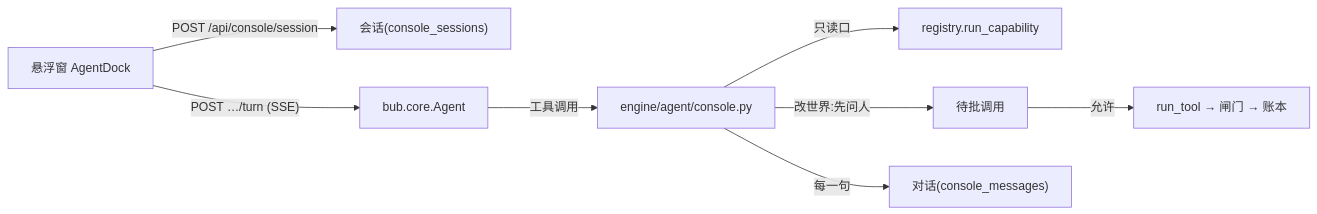
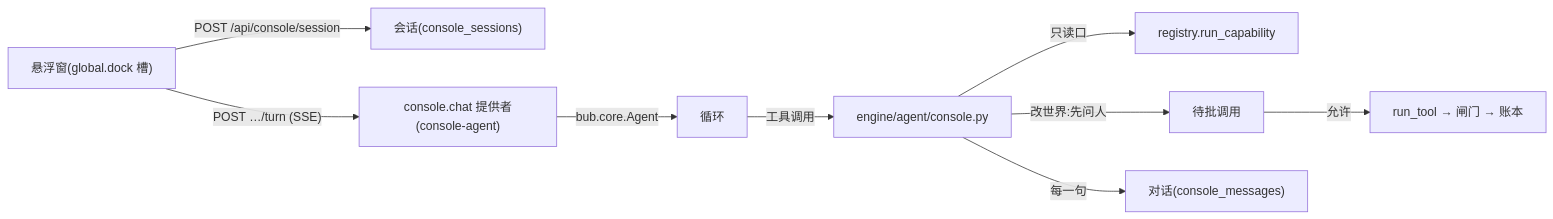
Before and after one commit to ChenXu233/GweiOps: the diagram in docs/reference/runtime.md, drawn with Mermaid. The commit also changed other lines of this file and 54 other files, not shown here.

````diff
--- a/docs/reference/runtime.md
+++ b/docs/reference/runtime.md
@@ -100,10 +109,11 @@
 ```mermaid
 flowchart LR
-  UI["悬浮窗 AgentDock"] -->|"POST /api/console/session"| S["会话(console_sessions)"]
-  UI -->|"POST …/turn (SSE)"| L["bub.core.Agent"]
+  UI["悬浮窗(global.dock 槽)"] -->|"POST /api/console/session"| S["会话(console_sessions)"]
+  UI -->|"POST …/turn (SSE)"| A["console.chat 提供者(console-agent)"]
+  A -->|"bub.core.Agent"| L["循环"]
   L -->|"工具调用"| C["engine/agent/console.py"]
   C -->|"只读口"| R["registry.run_capability"]
   C -->|"改世界:先问人"| P["待批调用"]
   P -->|"允许"| T["run_tool → 闸门 → 账本"]
   C -->|"每一句"| M["对话(console_messages)"]
 ```
````
